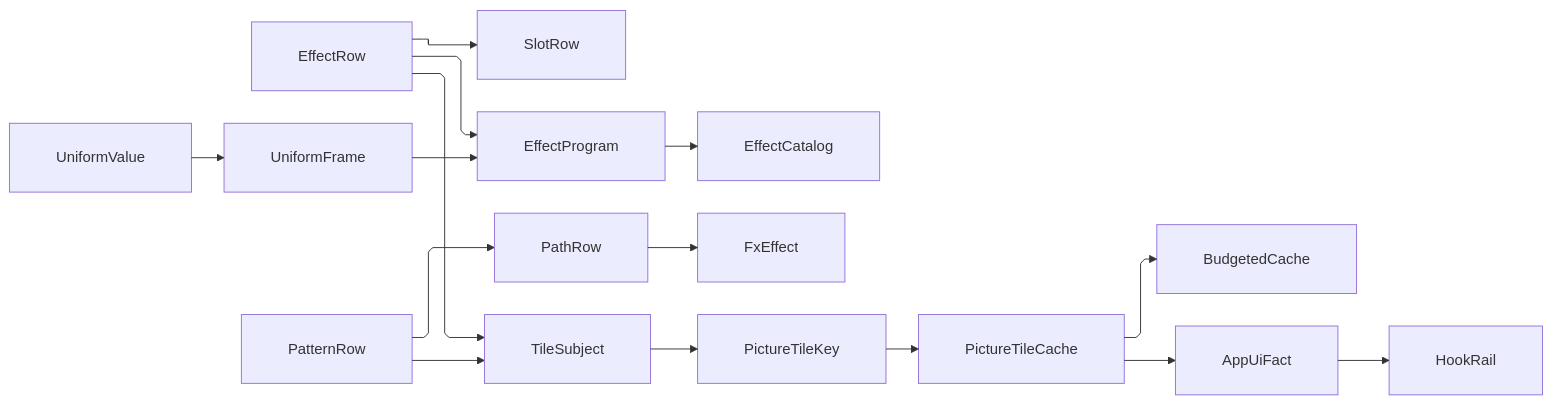
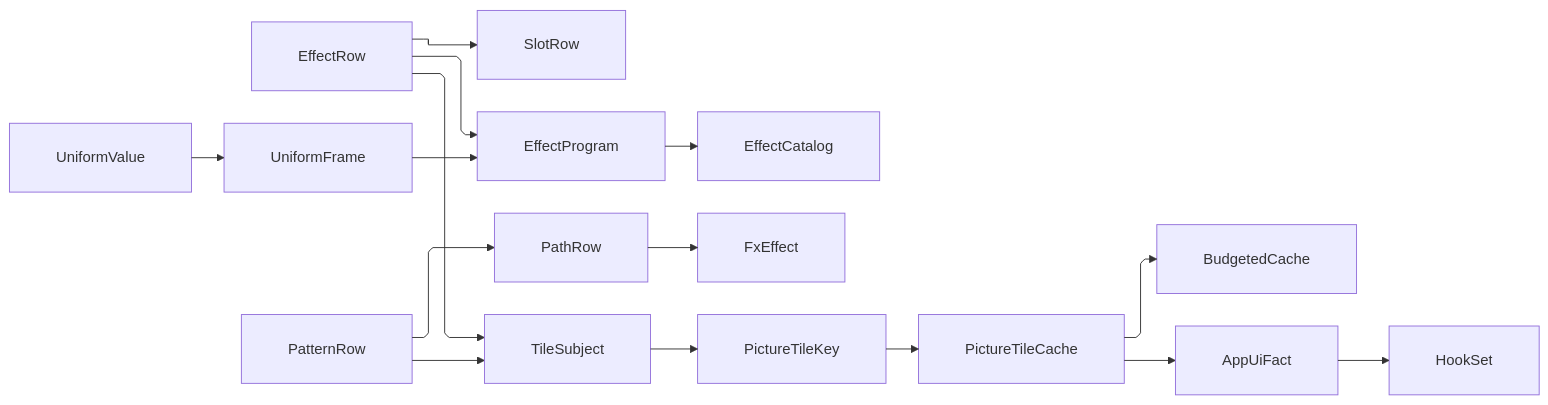
The diagram in libs/dotnet/Rasm.AppUi/.planning/Vfx/shader.md (bsamiee/Rasm), drawn with Mermaid before and after one commit. The commit also changed other lines of this file and 1997 other files, not shown here.

````diff
--- a/libs/dotnet/Rasm.AppUi/.planning/Vfx/shader.md
+++ b/libs/dotnet/Rasm.AppUi/.planning/Vfx/shader.md
@@ -587,26 +587,26 @@
 ```mermaid
 ---
 config:
   layout: elk
   flowchart:
     curve: linear
     padding: 25
 ---
 flowchart LR
     accTitle: AppUi Vfx shader plane from closed roster to observed tile cache
     accDescr: The closed SkSL roster compiles into the process catalog, the uniform frame binds through one slot vocabulary, the pattern roster seeds the path-effect family, and the tile cache publishes outcomes through the AppUi effect point.
     EffectRow --> SlotRow
     EffectRow --> EffectProgram
     EffectProgram --> EffectCatalog
     UniformFrame --> EffectProgram
     UniformValue --> UniformFrame
     PatternRow --> PathRow
     PathRow --> FxEffect
     PatternRow --> TileSubject
     EffectRow --> TileSubject
     TileSubject --> PictureTileKey
     PictureTileKey --> PictureTileCache
     PictureTileCache --> BudgetedCache
     PictureTileCache --> AppUiFact
-    AppUiFact --> HookRail
+    AppUiFact --> HookSet
 ```
````
